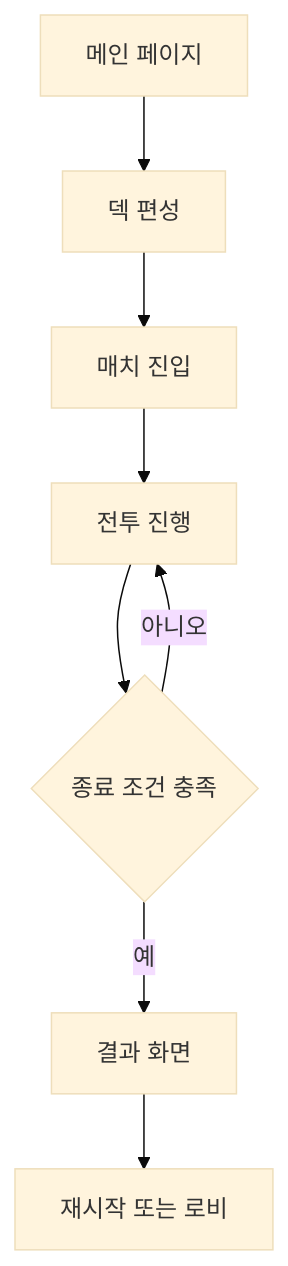
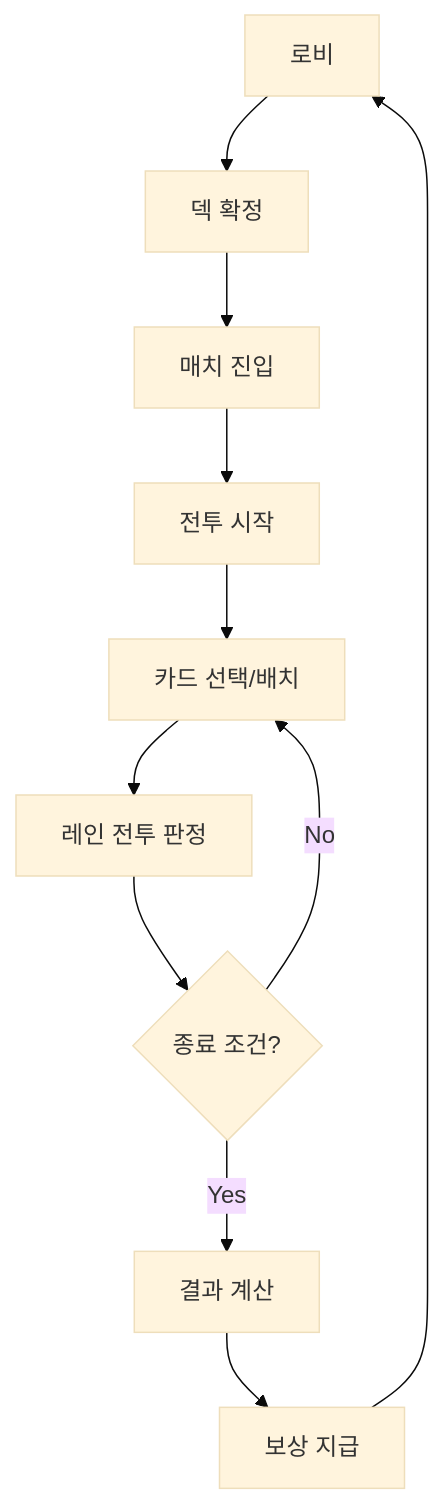
One commit to rs1017/godot-001-card-battle changed the first of 2 diagrams in docs/plans/latest_plan.md. Above: the diagram before and after it, drawn with Mermaid (base theme). The commit also changed other lines of this file and 215 other files, not shown here.

````diff
--- a/docs/plans/latest_plan.md
+++ b/docs/plans/latest_plan.md
@@ -81,10 +37,13 @@
 ```mermaid
 flowchart TD
-A[메인 페이지] --> B[덱 편성]
+A[로비] --> B[덱 확정]
 B --> C[매치 진입]
-C --> D[전투 진행]
-D --> E{종료 조건 충족}
-E -- 아니오 --> D
-E -- 예 --> F[결과 화면]
-F --> G[재시작 또는 로비]
+C --> D[전투 시작]
+D --> E[카드 선택/배치]
+E --> F[레인 전투 판정]
+F --> G{종료 조건?}
+G -- No --> E
+G -- Yes --> H[결과 계산]
+H --> I[보상 지급]
+I --> A
 ```
````
